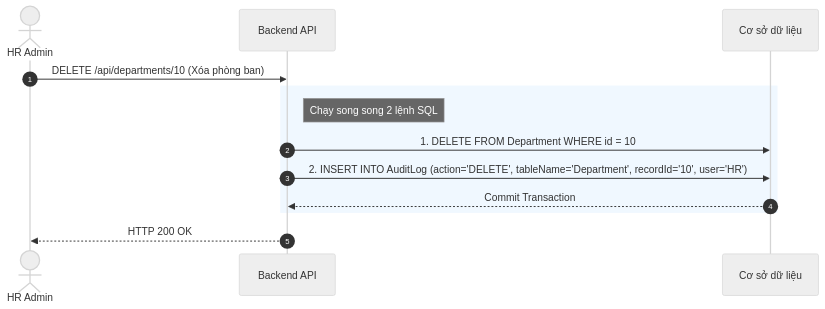
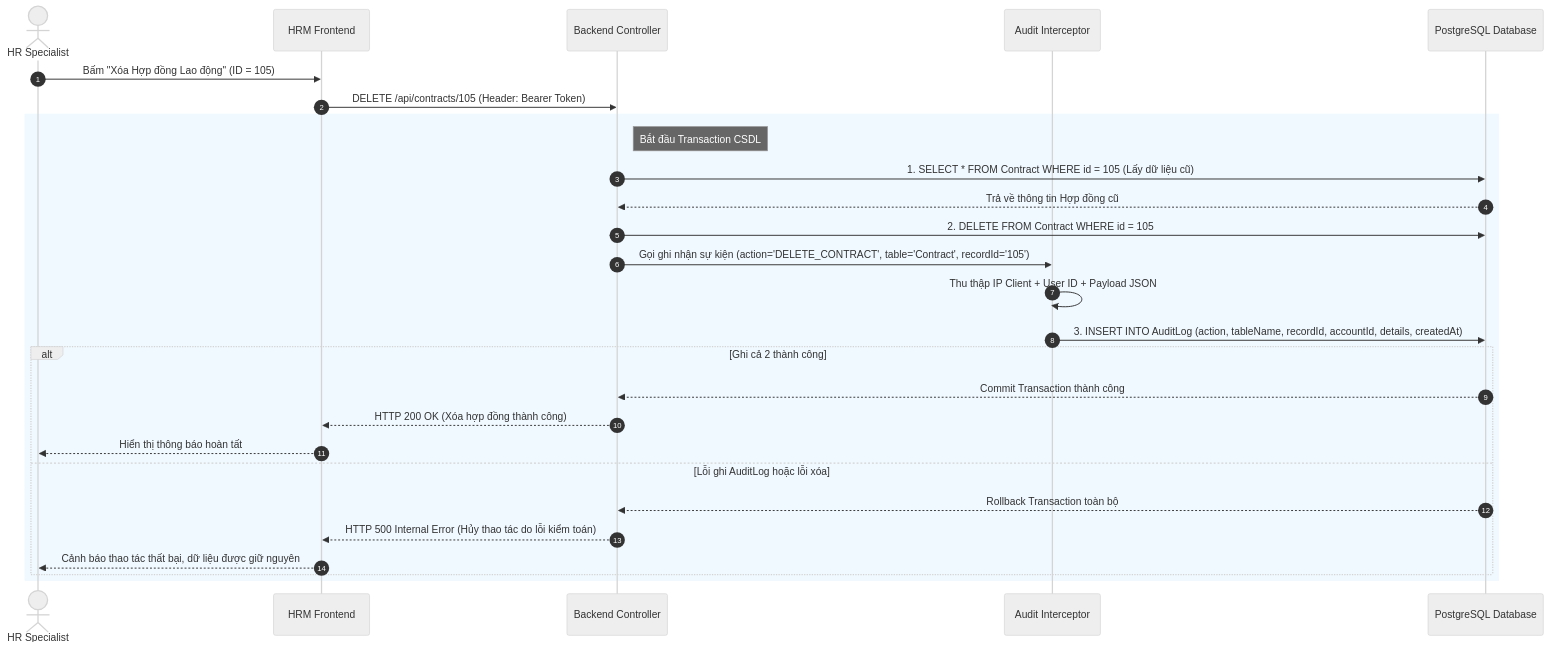
Before and after one commit to aye2710/HRM-DATN: the fifth of 6 diagrams in docs/Tài liệu phân tích nghiệp vụ từng module/Module Hệ thống Phân quyền/Chuc-nang-Audit-Log.md, drawn with Mermaid (neutral theme). The commit also changed other lines of this file and 27 other files, not shown here.

````diff
--- a/docs/Tài liệu phân tích nghiệp vụ từng module/Module Hệ thống Phân quyền/Chuc-nang-Audit-Log.md
+++ b/docs/Tài liệu phân tích nghiệp vụ từng module/Module Hệ thống Phân quyền/Chuc-nang-Audit-Log.md
@@ -14,18 +202,33 @@
 ```mermaid
 sequenceDiagram
     autonumber
-    actor HR as HR Admin
-    participant BE as Backend API
-    participant DB as Cơ sở dữ liệu
+    actor HR as HR Specialist
+    participant FE as HRM Frontend
+    participant API as Backend Controller
+    participant Interceptor as Audit Interceptor
+    participant DB as PostgreSQL Database
 
-    HR->>BE: DELETE /api/departments/10 (Xóa phòng ban)
+    HR->>FE: Bấm "Xóa Hợp đồng Lao động" (ID = 105)
+    FE->>API: DELETE /api/contracts/105 (Header: Bearer Token)
     
-    rect rgb(240, 248, 255)
-        note right of BE: Chạy song song 2 lệnh SQL
-        BE->>DB: 1. DELETE FROM Department WHERE id = 10
-        BE->>DB: 2. INSERT INTO AuditLog (action='DELETE', tableName='Department', recordId='10', user='HR')
-        DB-->>BE: Commit Transaction
+    rect rgb(240, 249, 255)
+        note right of API: Bắt đầu Transaction CSDL
+        API->>DB: 1. SELECT * FROM Contract WHERE id = 105 (Lấy dữ liệu cũ)
+        DB-->>API: Trả về thông tin Hợp đồng cũ
+        API->>DB: 2. DELETE FROM Contract WHERE id = 105
+        
+        API->>Interceptor: Gọi ghi nhận sự kiện (action='DELETE_CONTRACT', table='Contract', recordId='105')
+        Interceptor->>Interceptor: Thu thập IP Client + User ID + Payload JSON
+        Interceptor->>DB: 3. INSERT INTO AuditLog (action, tableName, recordId, accountId, details, createdAt)
+        
+        alt Ghi cả 2 thành công
+            DB-->>API: Commit Transaction thành công
+            API-->>FE: HTTP 200 OK (Xóa hợp đồng thành công)
+            FE-->>HR: Hiển thị thông báo hoàn tất
+        else Lỗi ghi AuditLog hoặc lỗi xóa
+            DB-->>API: Rollback Transaction toàn bộ
+            API-->>FE: HTTP 500 Internal Error (Hủy thao tác do lỗi kiểm toán)
+            FE-->>HR: Cảnh báo thao tác thất bại, dữ liệu được giữ nguyên
+        end
     end
-    
-    BE-->>HR: HTTP 200 OK
 ```
````
